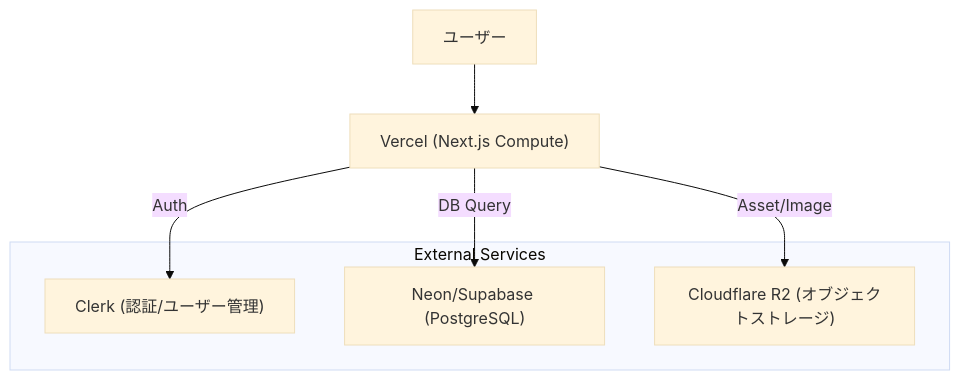
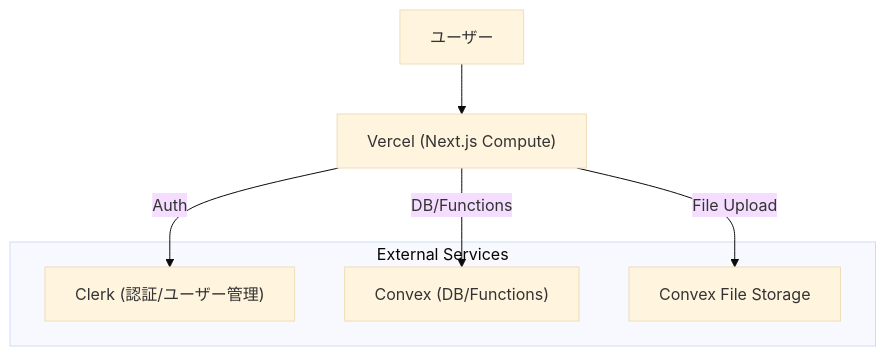
Before and after one commit to reflenge/mobipita-docs: the diagram in src/content/docs/research/infrastructure-selection.md, drawn with Mermaid (base theme). The commit also changed other lines of this file and 18 other files, not shown here.

````diff
--- a/src/content/docs/research/infrastructure-selection.md
+++ b/src/content/docs/research/infrastructure-selection.md
@@ -26,13 +35,13 @@
 ```mermaid
 graph TD
     User[ユーザー] --> Vercel[Vercel #040;Next.js Compute#041;]
     Vercel -- Auth --> Clerk[Clerk #040;認証/ユーザー管理#041;]
-    Vercel -- DB Query --> Neon[Neon/Supabase #040;PostgreSQL#041;]
-    Vercel -- Asset/Image --> R2[Cloudflare R2 #040;オブジェクトストレージ#041;]
+    Vercel -- DB/Functions --> Convex[Convex #040;DB/Functions#041;]
+    Vercel -- File Upload --> ConvexStorage[Convex File Storage]
 
     subgraph "External Services"
         Clerk
-        Neon
-        R2
+        Convex
+        ConvexStorage
     end
 ```
````
